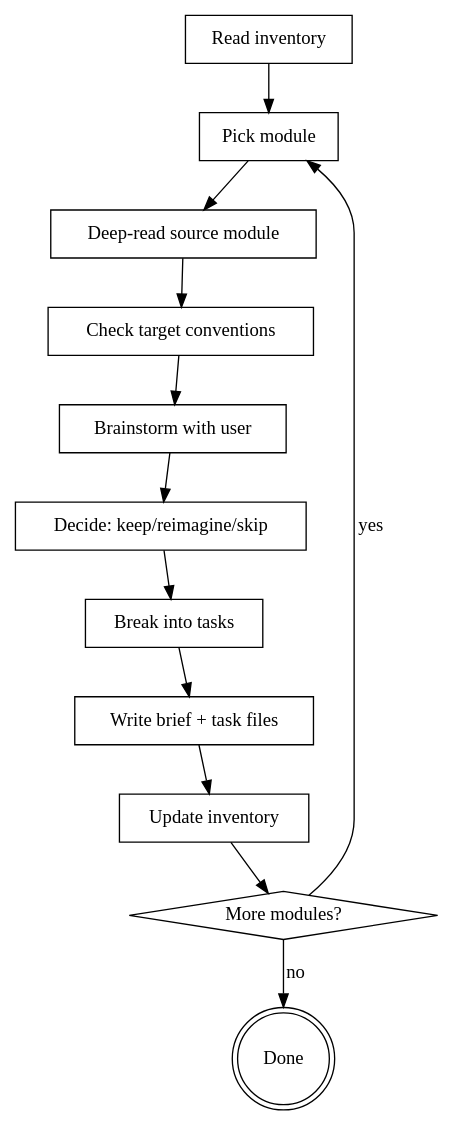
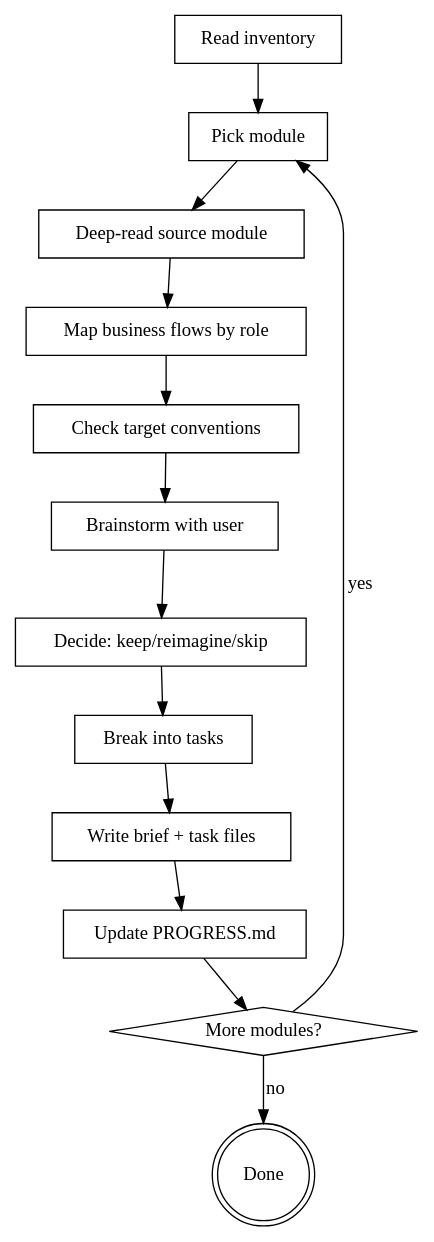
One commit to Seta-International/ai-sdlc-metrics changed the first of 2 diagrams in skills/clone/refine/SKILL.md. Above: the diagram before and after it, drawn with Graphviz. The commit also changed other lines of this file and 2 other files, not shown here.

First line of the commit message:
feat(skills/clone): add role-based business flow analysis to refine skill

````diff
--- a/skills/clone/refine/SKILL.md
+++ b/skills/clone/refine/SKILL.md
@@ -27,27 +27,29 @@
 ```dot
 digraph refine {
     "Read inventory" [shape=box];
     "Pick module" [shape=box];
     "Deep-read source module" [shape=box];
+    "Map business flows by role" [shape=box];
     "Check target conventions" [shape=box];
     "Brainstorm with user" [shape=box];
     "Decide: keep/reimagine/skip" [shape=box];
     "Break into tasks" [shape=box];
     "Write brief + task files" [shape=box];
-    "Update inventory" [shape=box];
+    "Update PROGRESS.md" [shape=box];
     "More modules?" [shape=diamond];
     "Done" [shape=doublecircle];
 
     "Read inventory" -> "Pick module";
     "Pick module" -> "Deep-read source module";
-    "Deep-read source module" -> "Check target conventions";
+    "Deep-read source module" -> "Map business flows by role";
+    "Map business flows by role" -> "Check target conventions";
     "Check target conventions" -> "Brainstorm with user";
     "Brainstorm with user" -> "Decide: keep/reimagine/skip";
     "Decide: keep/reimagine/skip" -> "Break into tasks";
     "Break into tasks" -> "Write brief + task files";
-    "Write brief + task files" -> "Update inventory";
-    "Update inventory" -> "More modules?";
+    "Write brief + task files" -> "Update PROGRESS.md";
+    "Update PROGRESS.md" -> "More modules?";
     "More modules?" -> "Pick module" [label="yes"];
     "More modules?" -> "Done" [label="no"];
 }
 ```
````
